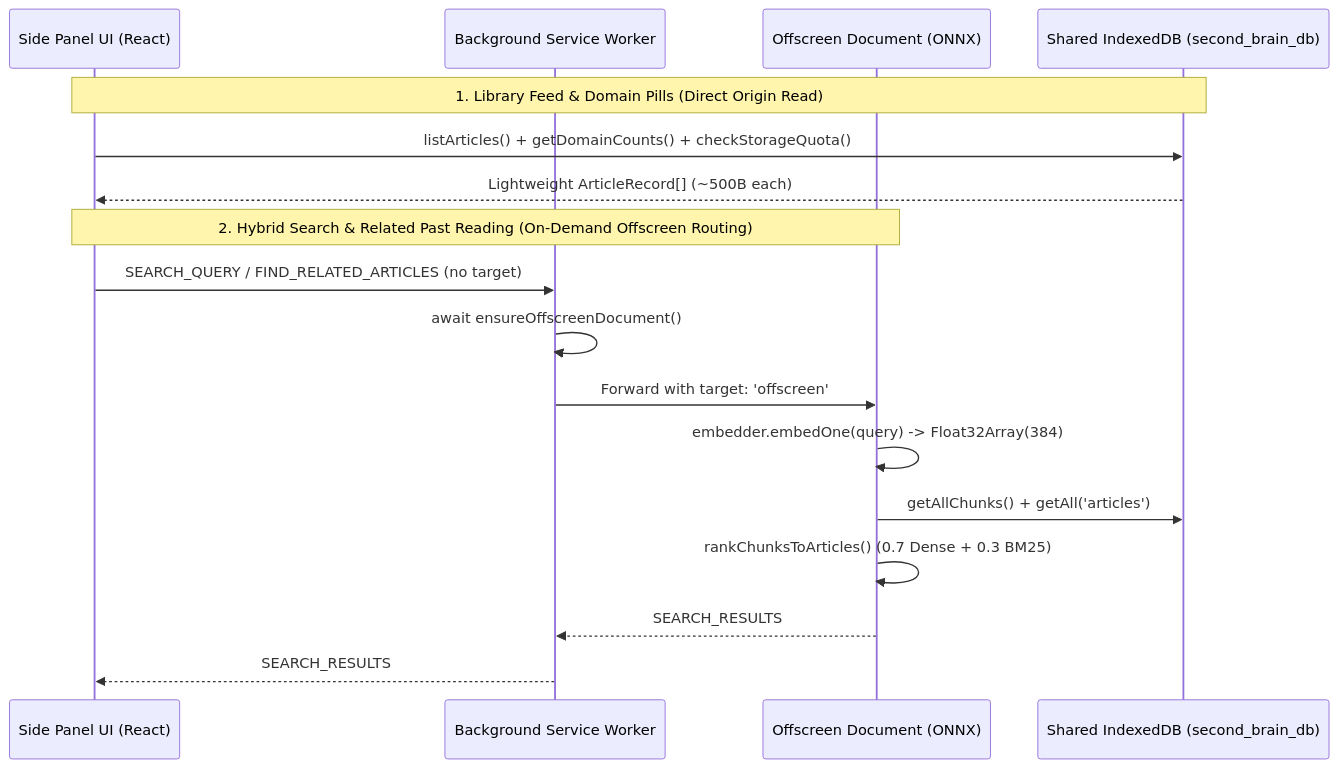
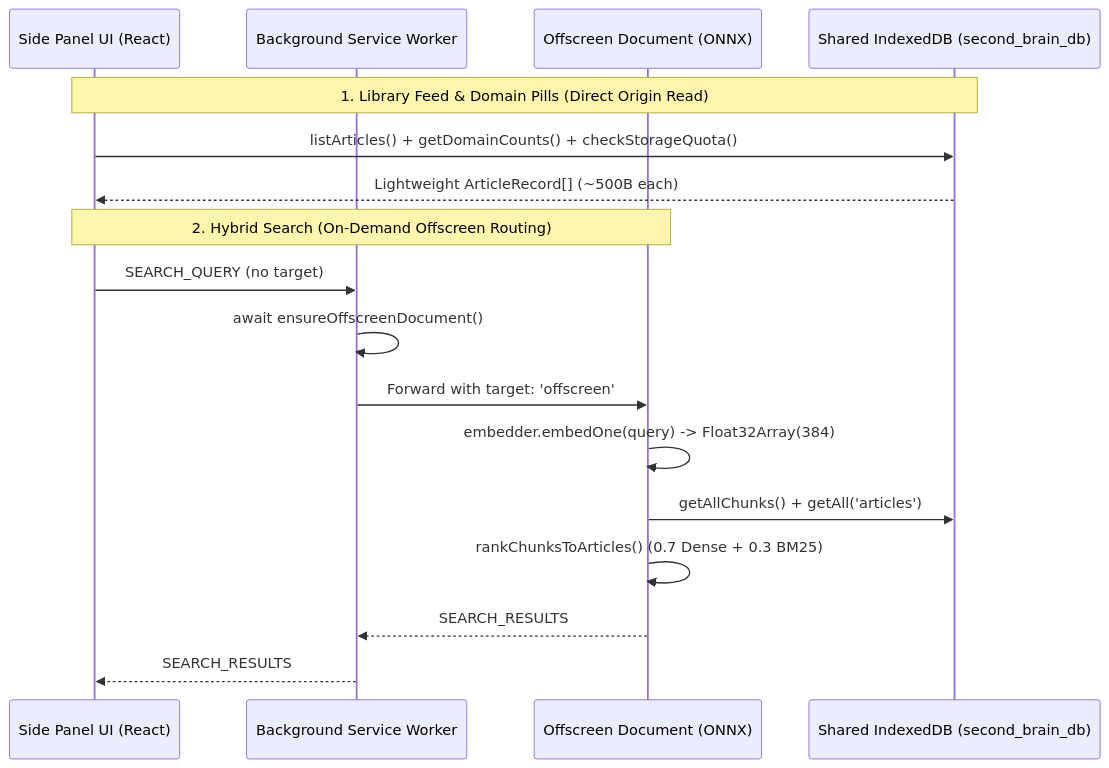
One commit to savelii-prysiazhnyi-dev/chrome-rag-knowledge-base-extension changed the diagram in docs/ui-and-export-architecture.md. Above: the diagram before and after it, drawn with Mermaid. The commit also changed other lines of this file and 14 other files, not shown here.

````diff
--- a/docs/ui-and-export-architecture.md
+++ b/docs/ui-and-export-architecture.md
@@ -17,21 +17,21 @@
 ```mermaid
 sequenceDiagram
     participant SP as Side Panel UI (React)
     participant BG as Background Service Worker
     participant OS as Offscreen Document (ONNX)
     participant IDB as Shared IndexedDB (second_brain_db)
 
     Note over SP,IDB: 1. Library Feed & Domain Pills (Direct Origin Read)
     SP->>IDB: listArticles() + getDomainCounts() + checkStorageQuota()
     IDB-->>SP: Lightweight ArticleRecord[] (~500B each)
 
-    Note over SP,OS: 2. Hybrid Search & Related Past Reading (On-Demand Offscreen Routing)
-    SP->>BG: SEARCH_QUERY / FIND_RELATED_ARTICLES (no target)
+    Note over SP,OS: 2. Hybrid Search (On-Demand Offscreen Routing)
+    SP->>BG: SEARCH_QUERY (no target)
     BG->>BG: await ensureOffscreenDocument()
     BG->>OS: Forward with target: 'offscreen'
     OS->>OS: embedder.embedOne(query) -> Float32Array(384)
     OS->>IDB: getAllChunks() + getAll('articles')
     OS->>OS: rankChunksToArticles() (0.7 Dense + 0.3 BM25)
     OS-->>BG: SEARCH_RESULTS
     BG-->>SP: SEARCH_RESULTS
 ```
````
